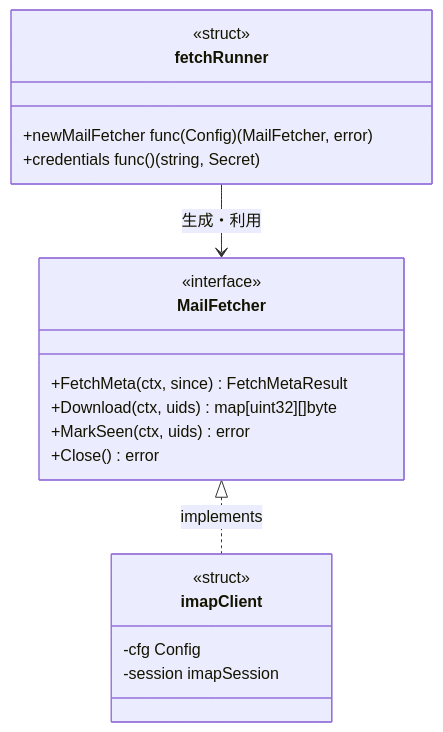
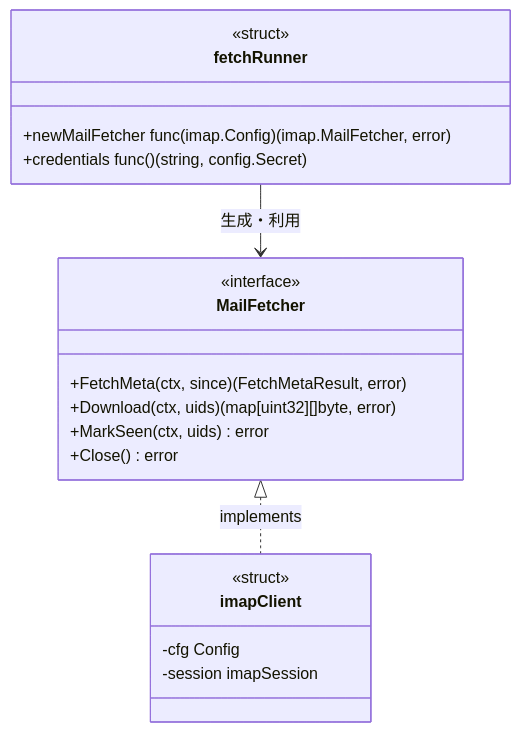
The seventh of 14 diagrams in docs/tasks/0090_imap_integration/02_architecture.md (isseis/tlsrpt-digest), drawn with Mermaid before and after one commit. The commit also changed other lines of this file, not shown here.

Commit message:
docs(task 0090): fix class diagram signatures and clarify InsecureSkipVerify exception
- FetchMeta/Download: add missing (…, error) return values to match
  actual MailFetcher interface (imap.go:43-44)
- fetchRunner fields: use fully-qualified types imap.Config/imap.MailFetcher/
  config.Secret matching actual fetch.go:37-38 signatures
- §1.1 design principle: note that existing client_test.go asserts
  InsecureSkipVerify==false and a new true-case test is needed (AC-01),
  making the exception from docs/tasks/0010_imap/02_architecture.md explicit

````diff
--- a/docs/tasks/0090_imap_integration/02_architecture.md
+++ b/docs/tasks/0090_imap_integration/02_architecture.md
@@ -226,25 +226,25 @@
 ```mermaid
 classDiagram
     class MailFetcher {
         <<interface>>
-        +FetchMeta(ctx, since) FetchMetaResult
-        +Download(ctx, uids) map[uint32][]byte
+        +FetchMeta(ctx, since) (FetchMetaResult, error)
+        +Download(ctx, uids) (map[uint32][]byte, error)
         +MarkSeen(ctx, uids) error
         +Close() error
     }
 
     class imapClient {
         <<struct>>
         -cfg Config
         -session imapSession
     }
 
     class fetchRunner {
         <<struct>>
-        +newMailFetcher func(Config) (MailFetcher, error)
-        +credentials func() (string, Secret)
+        +newMailFetcher func(imap.Config) (imap.MailFetcher, error)
+        +credentials func() (string, config.Secret)
     }
 
     MailFetcher <|.. imapClient : implements
     fetchRunner --> MailFetcher : 生成・利用
 ```
````
